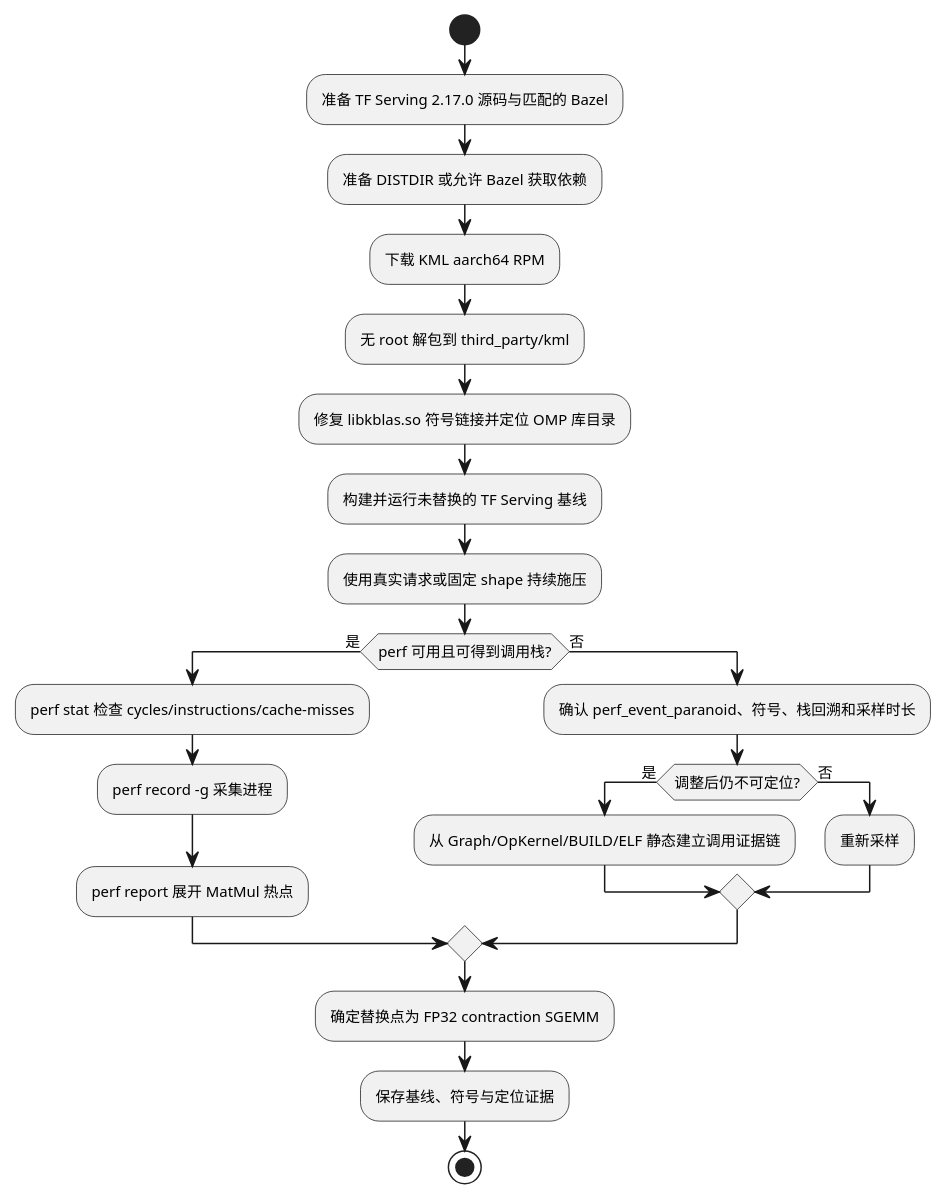
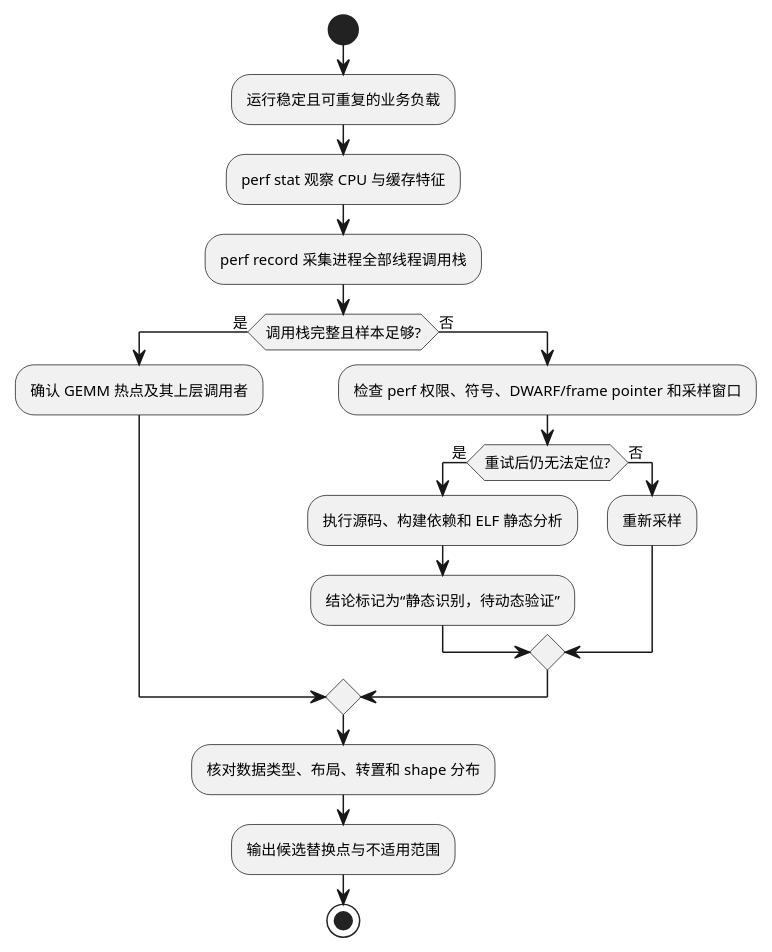
The fifth of 10 diagrams in references/detailed-design.md (wlmnzf40/kblas-gemm-tuning), drawn with PlantUML before and after one commit. The commit also changed other lines of this file, not shown here.

Commit message:
docs: restructure KML tuning design workflow

````diff
--- a/references/detailed-design.md
+++ b/references/detailed-design.md
@@ -160,30 +244,24 @@
 ```plantuml
 @startuml
 skinparam defaultFontName "Microsoft YaHei"
 skinparam defaultFontSize 10
 start
-:准备 TF Serving 2.17.0 源码与匹配的 Bazel;
-:准备 DISTDIR 或允许 Bazel 获取依赖;
-:下载 KML aarch64 RPM;
-:无 root 解包到 third_party/kml;
-:修复 libkblas.so 符号链接并定位 OMP 库目录;
-:构建并运行未替换的 TF Serving 基线;
-:使用真实请求或固定 shape 持续施压;
-
-if (perf 可用且可得到调用栈?) then (是)
-  :perf stat 检查 cycles/instructions/cache-misses;
-  :perf record -g 采集进程;
-  :perf report 展开 MatMul 热点;
+:运行稳定且可重复的业务负载;
+:perf stat 观察 CPU 与缓存特征;
+:perf record 采集进程全部线程调用栈;
+if (调用栈完整且样本足够?) then (是)
+  :确认 GEMM 热点及其上层调用者;
 else (否)
-  :确认 perf_event_paranoid、符号、栈回溯和采样时长;
-  if (调整后仍不可定位?) then (是)
-    :从 Graph/OpKernel/BUILD/ELF 静态建立调用证据链;
+  :检查 perf 权限、符号、DWARF/frame pointer 和采样窗口;
+  if (重试后仍无法定位?) then (是)
+    :执行源码、构建依赖和 ELF 静态分析;
+    :结论标记为“静态识别，待动态验证”;
   else (否)
     :重新采样;
   endif
 endif
-:确定替换点为 FP32 contraction SGEMM;
-:保存基线、符号与定位证据;
+:核对数据类型、布局、转置和 shape 分布;
+:输出候选替换点与不适用范围;
 stop
 @enduml
 ```
````
